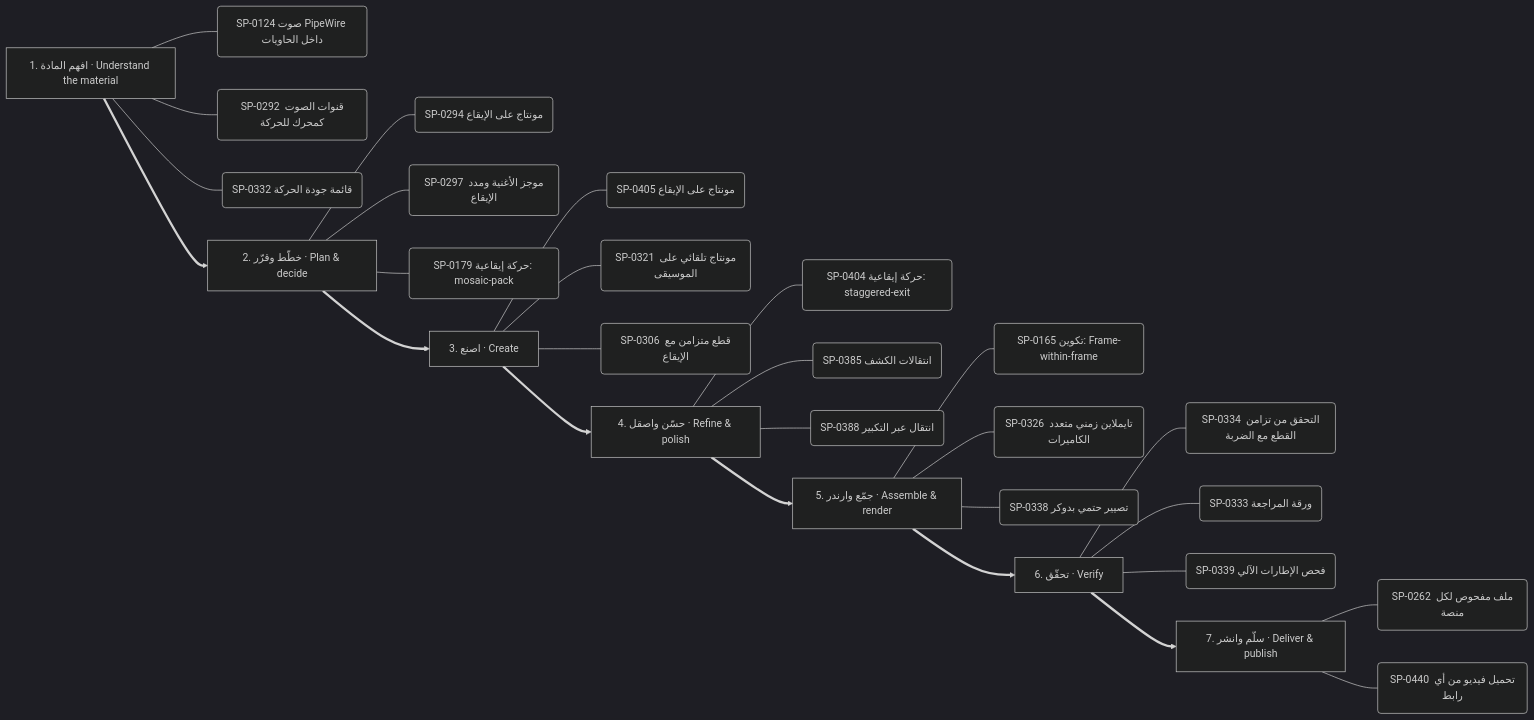
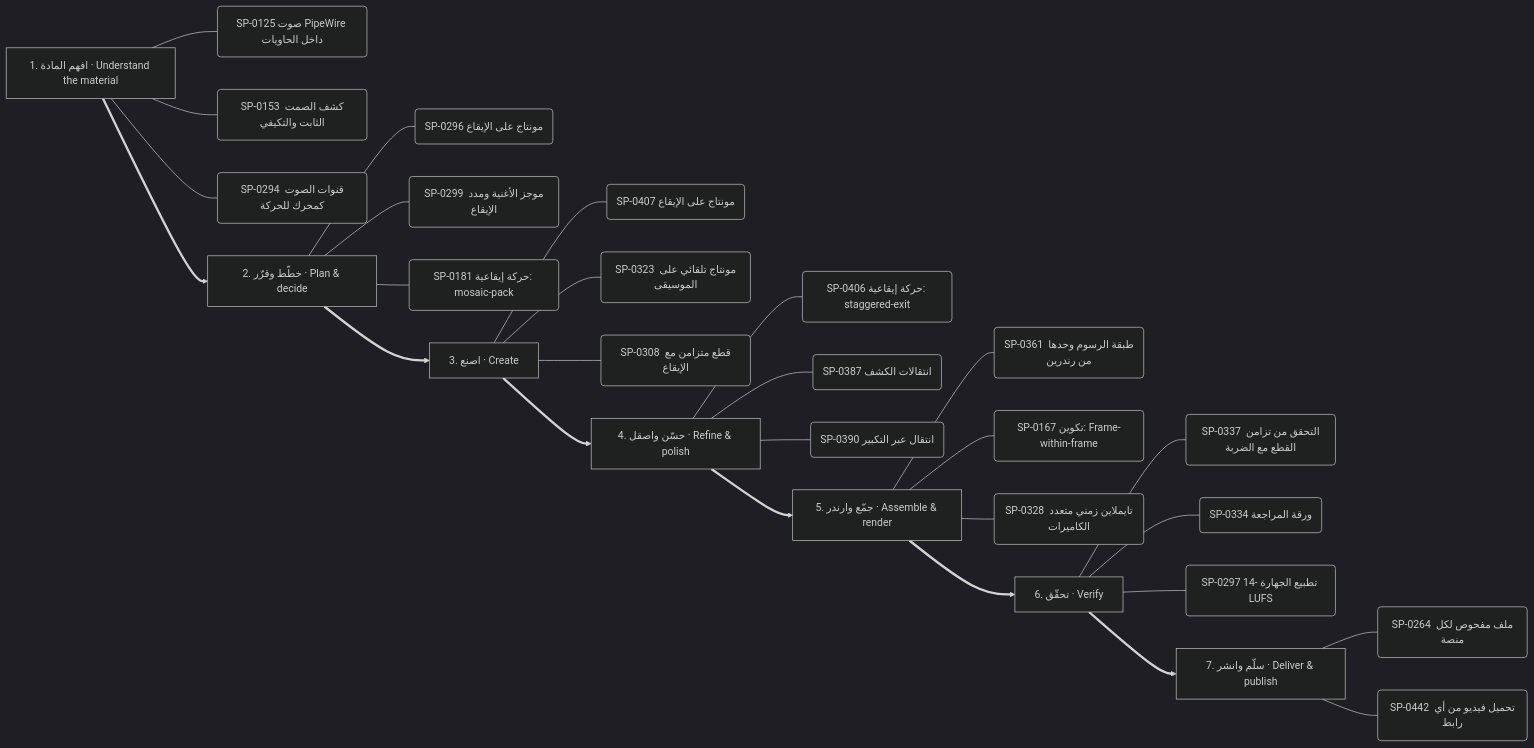
The third of 13 diagrams in .claude/skills/kosif-superpowers/references/capability-mindmap.md (kosif199022-jpg/kosif-tool), drawn with Mermaid (dark theme) before and after one commit. The commit also changed other lines of this file and 67 other files, not shown here.

````diff
--- a/.claude/skills/kosif-superpowers/references/capability-mindmap.md
+++ b/.claude/skills/kosif-superpowers/references/capability-mindmap.md
@@ -178,36 +179,36 @@
 ```mermaid
 flowchart LR
   S0["1. افهم المادة · Understand the material"]
-  S0 --- S0_0("SP-0124 صوت PipeWire داخل الحاويات")
-  S0 --- S0_1("SP-0292 قنوات الصوت كمحرك للحركة")
-  S0 --- S0_2("SP-0332 قائمة جودة الحركة")
+  S0 --- S0_0("SP-0125 صوت PipeWire داخل الحاويات")
+  S0 --- S0_1("SP-0153 كشف الصمت الثابت والتكيفي")
+  S0 --- S0_2("SP-0294 قنوات الصوت كمحرك للحركة")
   S1["2. خطّط وقرّر · Plan & decide"]
-  S1 --- S1_0("SP-0294 مونتاج على الإيقاع")
-  S1 --- S1_1("SP-0297 موجز الأغنية ومدد الإيقاع")
-  S1 --- S1_2("SP-0179 حركة إيقاعية: mosaic-pack")
+  S1 --- S1_0("SP-0296 مونتاج على الإيقاع")
+  S1 --- S1_1("SP-0299 موجز الأغنية ومدد الإيقاع")
+  S1 --- S1_2("SP-0181 حركة إيقاعية: mosaic-pack")
   S0 ==> S1
   S2["3. اصنع · Create"]
-  S2 --- S2_0("SP-0405 مونتاج على الإيقاع")
-  S2 --- S2_1("SP-0321 مونتاج تلقائي على الموسيقى")
-  S2 --- S2_2("SP-0306 قطع متزامن مع الإيقاع")
+  S2 --- S2_0("SP-0407 مونتاج على الإيقاع")
+  S2 --- S2_1("SP-0323 مونتاج تلقائي على الموسيقى")
+  S2 --- S2_2("SP-0308 قطع متزامن مع الإيقاع")
   S1 ==> S2
   S3["4. حسّن واصقل · Refine & polish"]
-  S3 --- S3_0("SP-0404 حركة إيقاعية: staggered-exit")
-  S3 --- S3_1("SP-0385 انتقالات الكشف")
-  S3 --- S3_2("SP-0388 انتقال عبر التكبير")
+  S3 --- S3_0("SP-0406 حركة إيقاعية: staggered-exit")
+  S3 --- S3_1("SP-0387 انتقالات الكشف")
+  S3 --- S3_2("SP-0390 انتقال عبر التكبير")
   S2 ==> S3
   S4["5. جمّع وارندر · Assemble & render"]
-  S4 --- S4_0("SP-0165 تكوين: Frame-within-frame")
-  S4 --- S4_1("SP-0326 تايملاين زمني متعدد الكاميرات")
-  S4 --- S4_2("SP-0338 تصيير حتمي بدوكر")
+  S4 --- S4_0("SP-0361 طبقة الرسوم وحدها من رندرين")
+  S4 --- S4_1("SP-0167 تكوين: Frame-within-frame")
+  S4 --- S4_2("SP-0328 تايملاين زمني متعدد الكاميرات")
   S3 ==> S4
   S5["6. تحقّق · Verify"]
-  S5 --- S5_0("SP-0334 التحقق من تزامن القطع مع الضربة")
-  S5 --- S5_1("SP-0333 ورقة المراجعة")
-  S5 --- S5_2("SP-0339 فحص الإطارات الآلي")
+  S5 --- S5_0("SP-0337 التحقق من تزامن القطع مع الضربة")
+  S5 --- S5_1("SP-0334 ورقة المراجعة")
+  S5 --- S5_2("SP-0297 تطبيع الجهارة -14 LUFS")
   S4 ==> S5
   S6["7. سلّم وانشر · Deliver & publish"]
-  S6 --- S6_0("SP-0262 ملف مفحوص لكل منصة")
-  S6 --- S6_1("SP-0440 تحميل فيديو من أي رابط")
+  S6 --- S6_0("SP-0264 ملف مفحوص لكل منصة")
+  S6 --- S6_1("SP-0442 تحميل فيديو من أي رابط")
   S5 ==> S6
 ```
````
